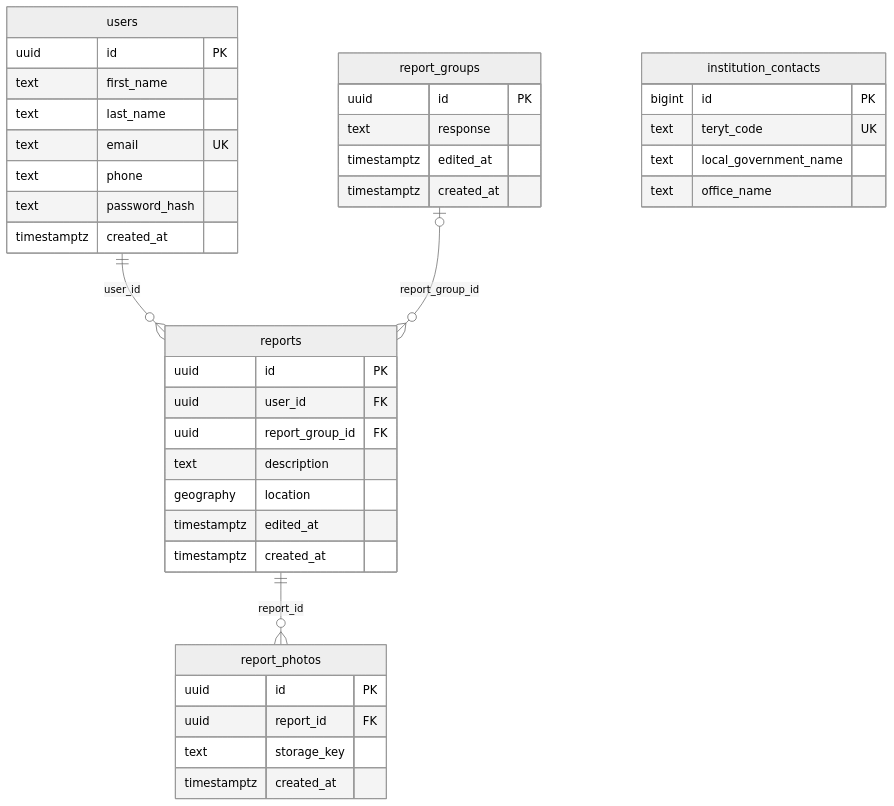
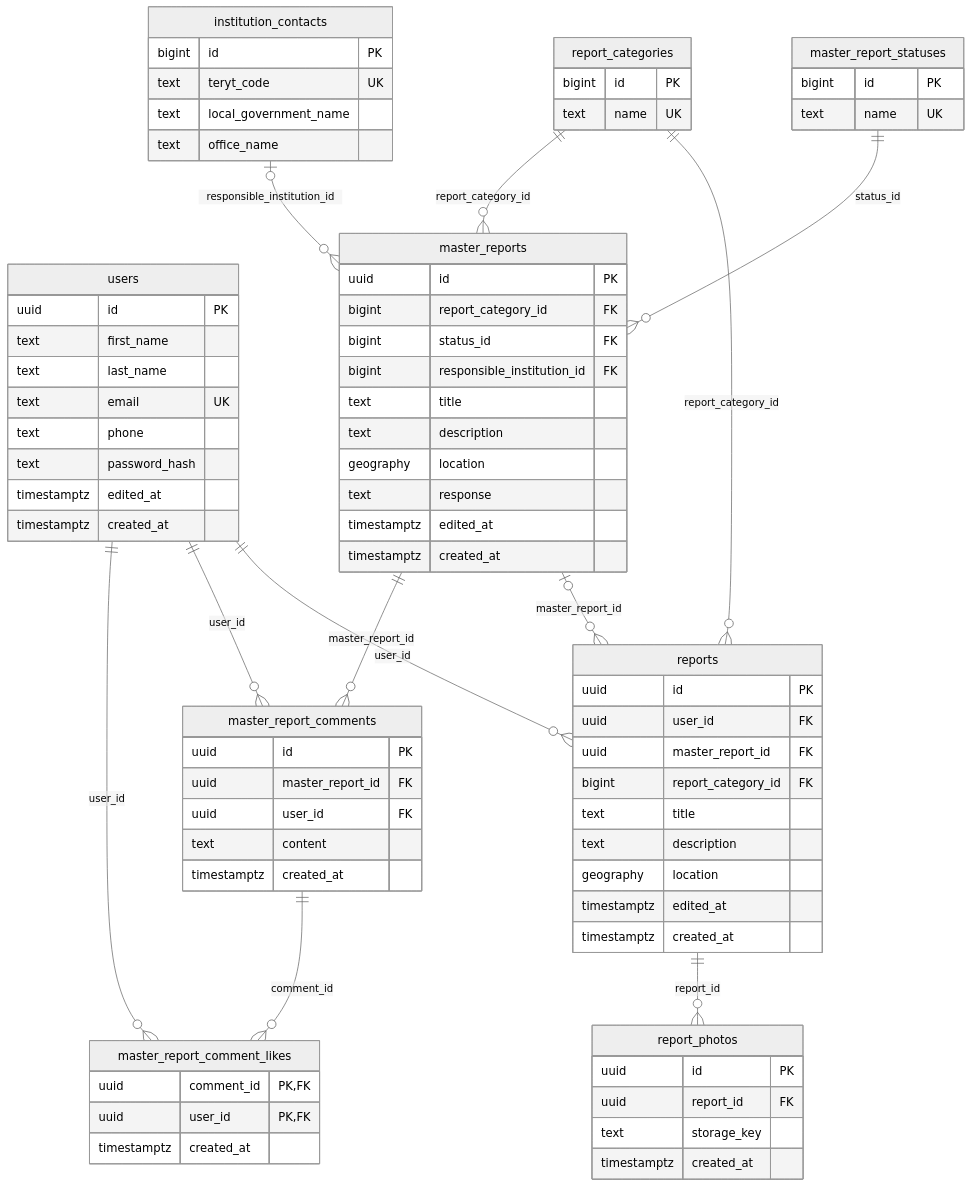
One commit to portugalskie-armatki-sniezne/eHackYeah2026 changed the diagram in apps/api/docs/data-model.md. Above: the diagram before and after it, drawn with Mermaid (neutral theme). The commit also changed other lines of this file and 11 other files, not shown here.

First line of the commit message:
🚀 feat(db)!: introduce master reports and reference data (#21)

````diff
--- a/apps/api/docs/data-model.md
+++ b/apps/api/docs/data-model.md
@@ -7,43 +7,80 @@
 ```mermaid
 erDiagram
     users ||--o{ reports : "user_id"
-    report_groups |o--o{ reports : "report_group_id"
+    master_reports |o--o{ reports : "master_report_id"
+    report_categories ||--o{ reports : "report_category_id"
+    report_categories ||--o{ master_reports : "report_category_id"
+    master_report_statuses ||--o{ master_reports : "status_id"
+    institution_contacts |o--o{ master_reports : "responsible_institution_id"
     reports ||--o{ report_photos : "report_id"
+    master_reports ||--o{ master_report_comments : "master_report_id"
+    users ||--o{ master_report_comments : "user_id"
+    master_report_comments ||--o{ master_report_comment_likes : "comment_id"
+    users ||--o{ master_report_comment_likes : "user_id"
 
     users {
         uuid id PK
         text first_name
         text last_name
         text email UK
         text phone
         text password_hash
+        timestamptz edited_at
         timestamptz created_at
     }
-    report_groups {
+    report_categories {
+        bigint id PK
+        text name UK
+    }
+    master_report_statuses {
+        bigint id PK
+        text name UK
+    }
+    master_reports {
         uuid id PK
+        bigint report_category_id FK
+        bigint status_id FK
+        bigint responsible_institution_id FK
+        text title
+        text description
+        geography location
         text response
         timestamptz edited_at
         timestamptz created_at
     }
     reports {
         uuid id PK
         uuid user_id FK
-        uuid report_group_id FK
+        uuid master_report_id FK
+        bigint report_category_id FK
+        text title
         text description
         geography location
         timestamptz edited_at
         timestamptz created_at
     }
     report_photos {
         uuid id PK
         uuid report_id FK
         text storage_key
         timestamptz created_at
     }
+    master_report_comments {
+        uuid id PK
+        uuid master_report_id FK
+        uuid user_id FK
+        text content
+        timestamptz created_at
+    }
+    master_report_comment_likes {
+        uuid comment_id PK,FK
+        uuid user_id PK,FK
+        timestamptz created_at
+    }
     institution_contacts {
         bigint id PK
         text teryt_code UK
         text local_government_name
         text office_name
     }
 ```
````
